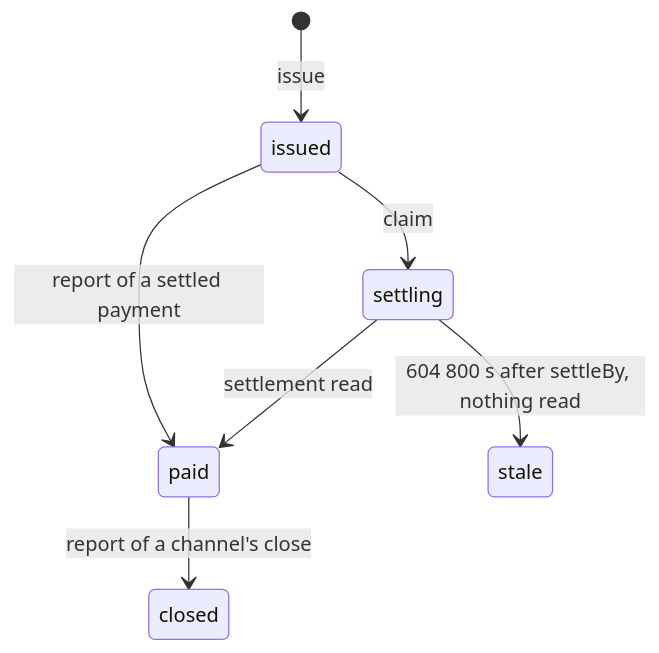
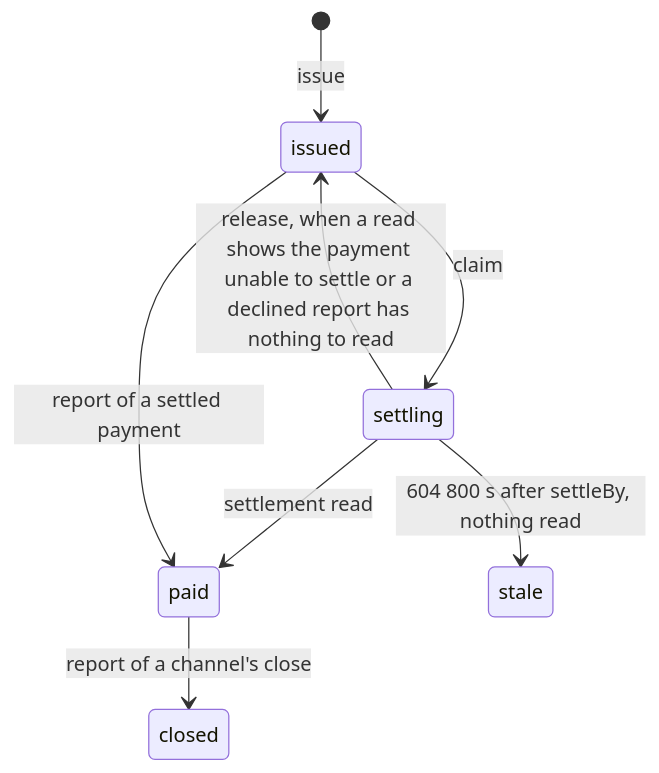
The diagram in docs/concepts/records.md (IntegraLedger/integra-agentic-connectors), drawn with Mermaid before and after one commit.

Commit message:
docs: the records diagram shows a settling record's release
A settling record returns to issued when a read shows the payment
unable to settle, or when a declined report has nothing to read. The
state diagram in docs/concepts/records.md draws that transition.

````diff
--- a/docs/concepts/records.md
+++ b/docs/concepts/records.md
@@ -13,9 +13,10 @@
 ```mermaid
 stateDiagram-v2
     [*] --> issued: issue
     issued --> settling: claim
     settling --> paid: settlement read
+    settling --> issued: release, when a read shows the payment unable to settle or a declined report has nothing to read
     issued --> paid: report of a settled payment
     paid --> closed: report of a channel's close
     settling --> stale: 604 800 s after settleBy, nothing read
 ```
````
